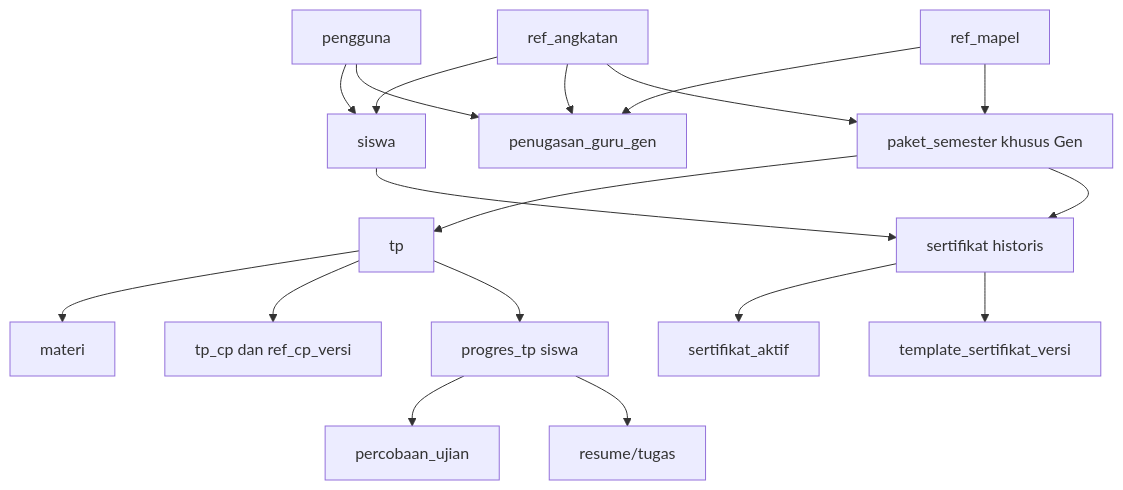
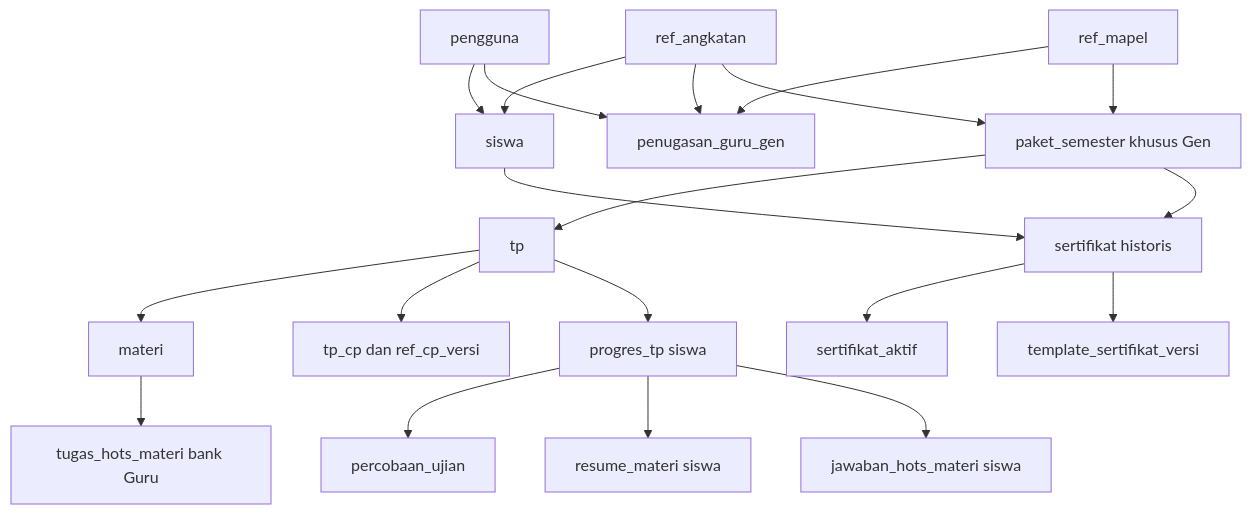
The diagram in docs/10-DATABASE.md (Al-Faroz/SLA-SKS), drawn with Mermaid before and after one commit. The commit also changed other lines of this file and 4 other files, not shown here.

````diff
--- a/docs/10-DATABASE.md
+++ b/docs/10-DATABASE.md
@@ -26,20 +26,22 @@
 ```mermaid
 flowchart TD
  U[pengguna] --> S[siswa]
  A[ref_angkatan] --> S
  A --> G[penugasan_guru_gen]
  M[ref_mapel] --> G
  U --> G
  A --> P[paket_semester khusus Gen]
  M --> P
  P --> TP[tp]
  TP --> MT[materi]
+ MT --> TH[tugas_hots_materi bank Guru]
  TP --> CP[tp_cp dan ref_cp_versi]
  TP --> PR[progres_tp siswa]
  PR --> EX[percobaan_ujian]
- PR --> RS[resume/tugas]
+ PR --> RS[resume_materi siswa]
+ PR --> JH[jawaban_hots_materi siswa]
  S --> CER[sertifikat historis]
  P --> CER
  CER --> ACT[sertifikat_aktif]
  CER --> V[template_sertifikat_versi]
 ```
````
